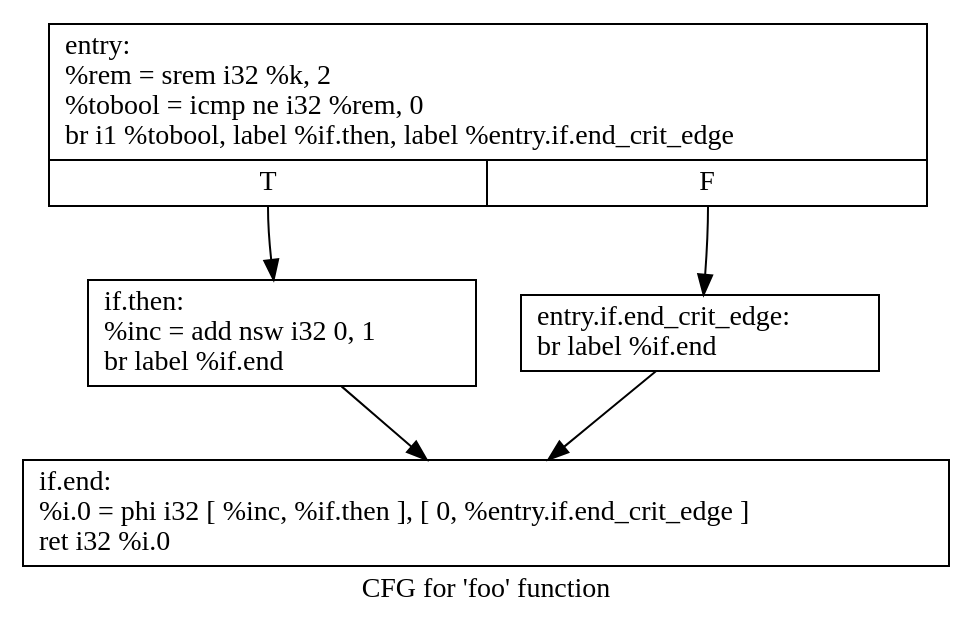
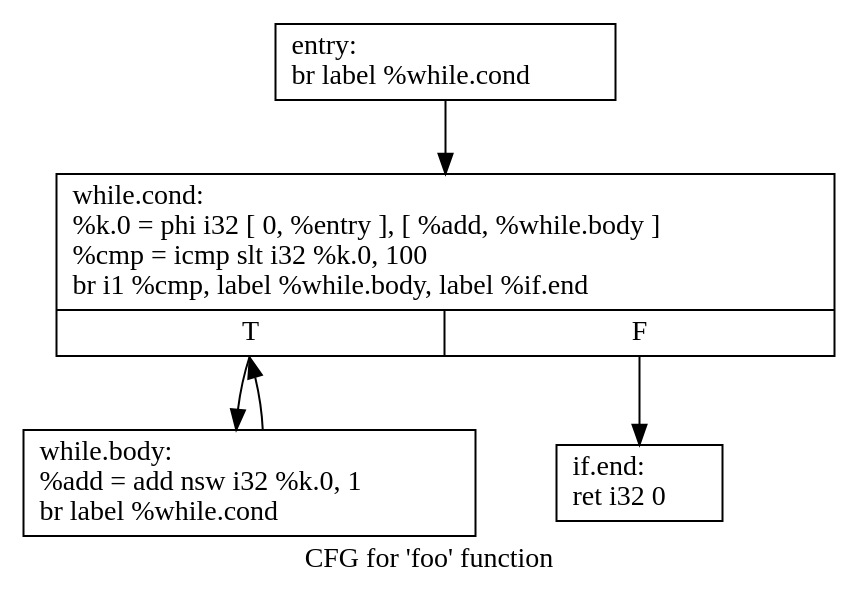
The diagram in .foo.dot (canesche/dce), drawn with Graphviz before and after one commit. The commit also changed 87 other files, not shown here.

```diff
--- a/.foo.dot
+++ b/.foo.dot
@@ -1,12 +1,12 @@
 digraph "CFG for 'foo' function" {
 	label="CFG for 'foo' function";
 
-	Node0x555a4ff3f5c0 [shape=record,label="{entry:\l  %rem = srem i32 %k, 2\l  %tobool = icmp ne i32 %rem, 0\l  br i1 %tobool, label %if.then, label %entry.if.end_crit_edge\l|{<s0>T|<s1>F}}"];
-	Node0x555a4ff3f5c0:s0 -> Node0x555a4ff3fde0;
-	Node0x555a4ff3f5c0:s1 -> Node0x555a4ff3fe80;
-	Node0x555a4ff3fe80 [shape=record,label="{entry.if.end_crit_edge:                           \l  br label %if.end\l}"];
-	Node0x555a4ff3fe80 -> Node0x555a4ff3ffb0;
-	Node0x555a4ff3fde0 [shape=record,label="{if.then:                                          \l  %inc = add nsw i32 0, 1\l  br label %if.end\l}"];
-	Node0x555a4ff3fde0 -> Node0x555a4ff3ffb0;
-	Node0x555a4ff3ffb0 [shape=record,label="{if.end:                                           \l  %i.0 = phi i32 [ %inc, %if.then ], [ 0, %entry.if.end_crit_edge ]\l  ret i32 %i.0\l}"];
+	Node0x558cd724fe70 [shape=record,label="{entry:\l  br label %while.cond\l}"];
+	Node0x558cd724fe70 -> Node0x558cd7250000;
+	Node0x558cd7250000 [shape=record,label="{while.cond:                                       \l  %k.0 = phi i32 [ 0, %entry ], [ %add, %while.body ]\l  %cmp = icmp slt i32 %k.0, 100\l  br i1 %cmp, label %while.body, label %if.end\l|{<s0>T|<s1>F}}"];
+	Node0x558cd7250000:s0 -> Node0x558cd7250770;
+	Node0x558cd7250000:s1 -> Node0x558cd72509d0;
+	Node0x558cd7250770 [shape=record,label="{while.body:                                       \l  %add = add nsw i32 %k.0, 1\l  br label %while.cond\l}"];
+	Node0x558cd7250770 -> Node0x558cd7250000;
+	Node0x558cd72509d0 [shape=record,label="{if.end:                                           \l  ret i32 0\l}"];
 }
```
